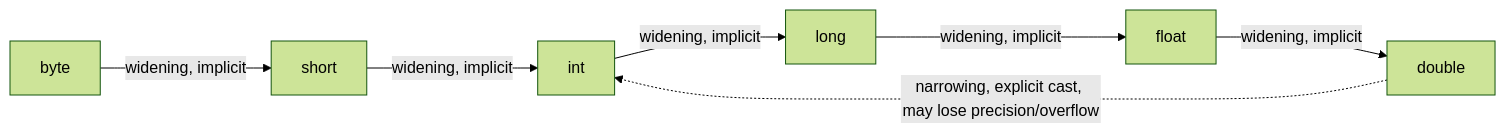
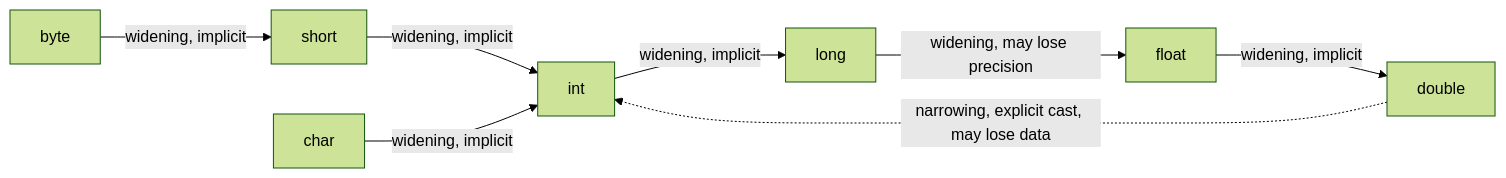
Before and after one commit to prabhu-raghunathan/java-learn: the second of 2 diagrams in docs/01-core-java/variables-and-primitive-types.md, drawn with Mermaid (forest theme). The commit also changed other lines of this file and 28 other files, not shown here.

````diff
--- a/docs/01-core-java/variables-and-primitive-types.md
+++ b/docs/01-core-java/variables-and-primitive-types.md
@@ -51,9 +59,10 @@
 ```mermaid
 flowchart LR
     byte -->|widening, implicit| short
     short -->|widening, implicit| int
+    char -->|widening, implicit| int
     int -->|widening, implicit| long
-    long -->|widening, implicit| float
+    long -->|widening, may lose precision| float
     float -->|widening, implicit| double
-    double -.->|narrowing, explicit cast, may lose precision/overflow| int
+    double -.->|narrowing, explicit cast, may lose data| int
 ```
````
